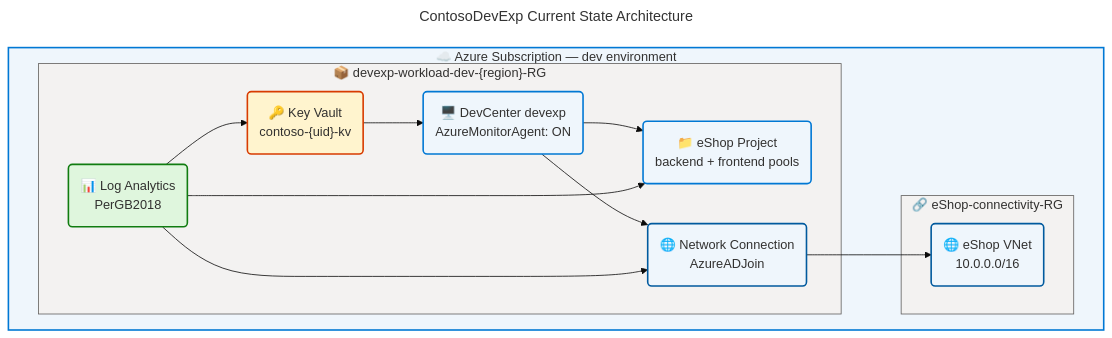
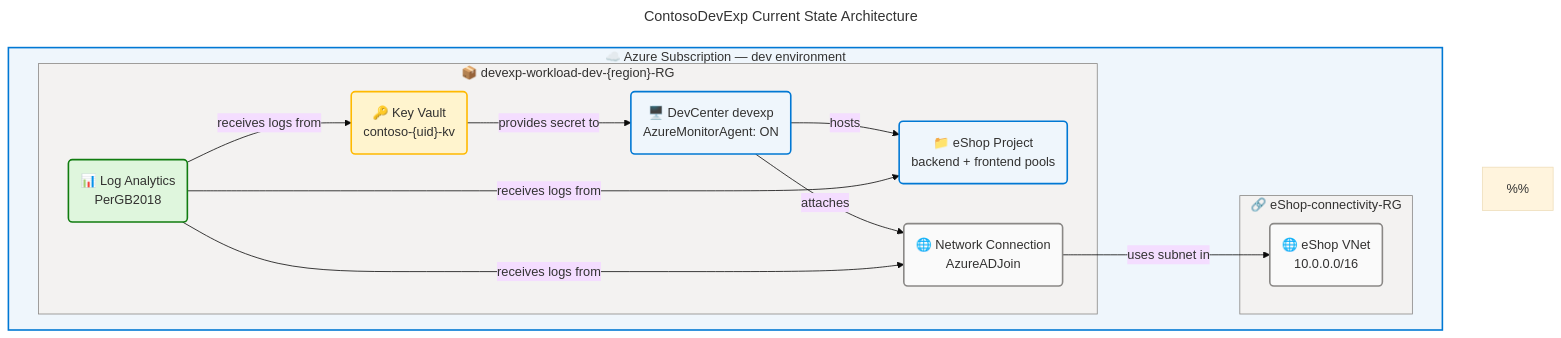
One commit to Evilazaro/DevExp-DevBox changed the second of 3 diagrams in docs/architecture/tech-arch.md. Above: the diagram before and after it, drawn with Mermaid. The commit also changed other lines of this file and 3 other files, not shown here.

First line of the commit message:
Enhance architecture documentation with detailed descriptions and WCAG compliance

````diff
--- a/docs/architecture/tech-arch.md
+++ b/docs/architecture/tech-arch.md
@@ -444,46 +454,56 @@
 ```mermaid
 ---
 title: "ContosoDevExp Current State Architecture"
 config:
   theme: base
   look: classic
   layout: dagre
   themeVariables:
     fontSize: '16px'
   flowchart:
     htmlLabels: true
 ---
 flowchart TB
     accTitle: ContosoDevExp Current State Architecture
-    accDescr: Current state deployment showing Azure Developer CLI invoking the Bicep orchestrator at subscription scope, deploying the Workload Resource Group with DevCenter devexp, eShop Project with backend and frontend Dev Box pools, Key Vault with gha-token secret, Log Analytics Workspace, and the Connectivity Resource Group with eShop Virtual Network and Network Connection. All resources emit diagnostics to the centralized Log Analytics Workspace.
+    accDescr: Current state deployment showing Azure Developer CLI invoking the Bicep orchestrator at subscription scope, deploying the Workload Resource Group with DevCenter devexp, eShop Project with backend and frontend Dev Box pools, Key Vault with gha-token secret, Log Analytics Workspace, and the Connectivity Resource Group with eShop Virtual Network and Network Connection. All resources emit diagnostics to the centralized Log Analytics Workspace. Nodes: dc=core, kv=warning, law=success, eshop=core, nc=neutral, vnet=neutral. WCAG AA compliant.
+    %%
+    %% AZURE / FLUENT ARCHITECTURE PATTERN v2.0
+    %% (Semantic + Structural + Font + Accessibility Governance)
+    %%
+    %% PHASE 1 - FLUENT UI: All styling uses approved Fluent UI palette only
+    %% PHASE 2 - GROUPS: Every subgraph has semantic color via style directive
+    %% PHASE 3 - COMPONENTS: Every node has semantic classDef + icon prefix
+    %% PHASE 4 - ACCESSIBILITY: accTitle/accDescr present, WCAG AA contrast
+    %% PHASE 5 - STANDARD: Governance block present, classDefs centralized
+    %%
 
     subgraph sub["☁️ Azure Subscription — dev environment"]
         subgraph workloadRg["📦 devexp-workload-dev-{region}-RG"]
-            dc("🖥️ DevCenter devexp\nAzureMonitorAgent: ON"):::compute
-            kv("🔑 Key Vault\ncontoso-{uid}-kv"):::security
-            law("📊 Log Analytics\nPerGB2018"):::monitor
-            eshop("📁 eShop Project\nbackend + frontend pools"):::compute
-            nc("🌐 Network Connection\nAzureADJoin"):::network
-        end
-        subgraph connectRg["🔗 eShop-connectivity-RG"]
-            vnet("🌐 eShop VNet\n10.0.0.0/16"):::network
-        end
+dc("🖥️ DevCenter devexp\nAzureMonitorAgent: ON"):::core
+        kv("🔑 Key Vault\ncontoso-{uid}-kv"):::warning
+        law("📊 Log Analytics\nPerGB2018"):::success
+        eshop("📁 eShop Project\nbackend + frontend pools"):::core
+        nc("🌐 Network Connection\nAzureADJoin"):::neutral
+    end
+    subgraph connectRg["🔗 eShop-connectivity-RG"]
+        vnet("🌐 eShop VNet\n10.0.0.0/16"):::neutral
+    end
     end
 
-    dc --> eshop
-    dc --> nc
-    nc --> vnet
-    kv --> dc
-    law --> kv
-    law --> eshop
-    law --> nc
+    dc -->|hosts| eshop
+    dc -->|attaches| nc
+    nc -->|uses subnet in| vnet
+    kv -->|provides secret to| dc
+    law -->|receives logs from| kv
+    law -->|receives logs from| eshop
+    law -->|receives logs from| nc
 
-    classDef compute fill:#EFF6FC,stroke:#0078D4,stroke-width:2px,color:#323130
-    classDef security fill:#FFF4CE,stroke:#D83B01,stroke-width:2px,color:#323130
-    classDef monitor fill:#DFF6DD,stroke:#107C10,stroke-width:2px,color:#323130
-    classDef network fill:#EFF6FC,stroke:#005A9E,stroke-width:2px,color:#323130
+    classDef core fill:#EFF6FC,stroke:#0078D4,stroke-width:2px,color:#323130
+    classDef warning fill:#FFF4CE,stroke:#FFB900,stroke-width:2px,color:#323130
+    classDef success fill:#DFF6DD,stroke:#107C10,stroke-width:2px,color:#323130
+    classDef neutral fill:#FAFAFA,stroke:#8A8886,stroke-width:2px,color:#323130
 
     style sub fill:#EFF6FC,stroke:#0078D4,stroke-width:2px,color:#323130
-    style workloadRg fill:#F3F2F1,stroke:#605E5C,stroke-width:1px,color:#323130
-    style connectRg fill:#F3F2F1,stroke:#605E5C,stroke-width:1px,color:#323130
+    style workloadRg fill:#F3F2F1,stroke:#8A8886,stroke-width:1px,color:#323130
+    style connectRg fill:#F3F2F1,stroke:#8A8886,stroke-width:1px,color:#323130
 ```
````
